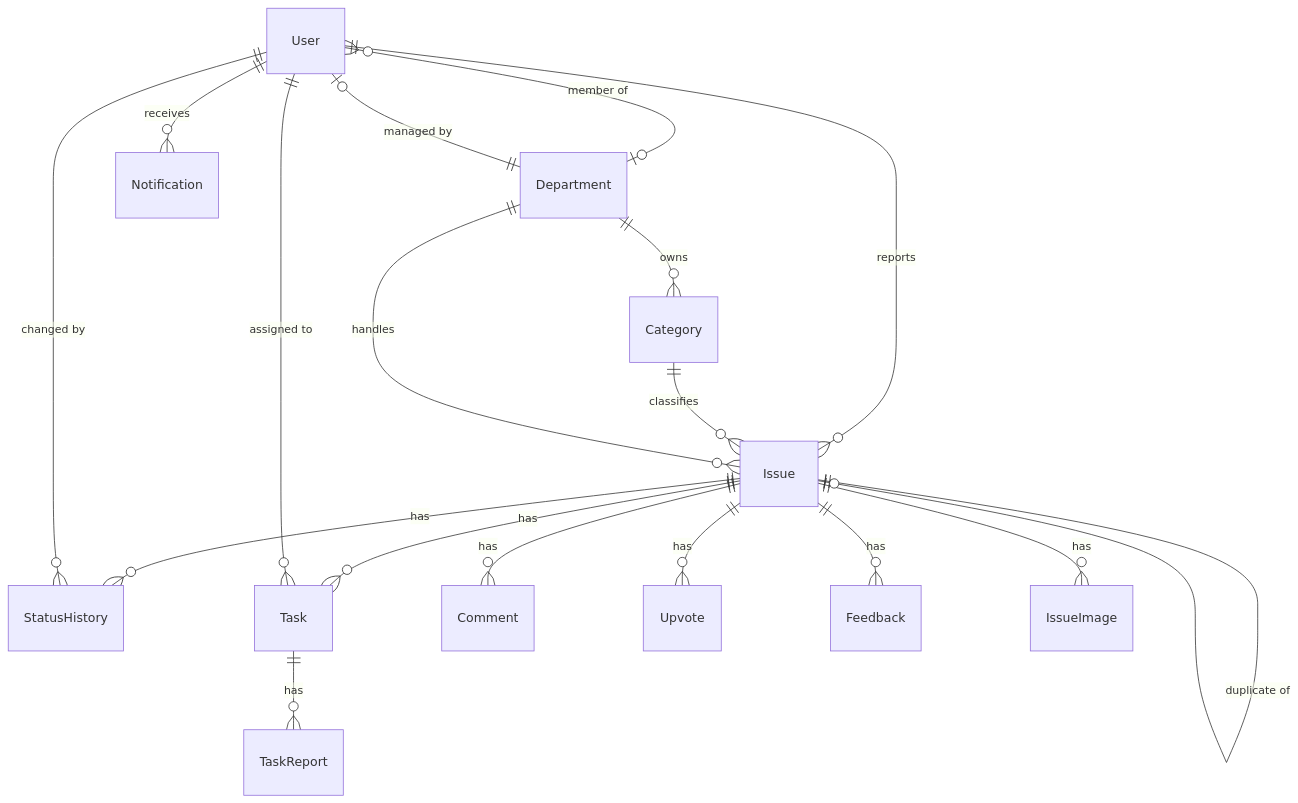
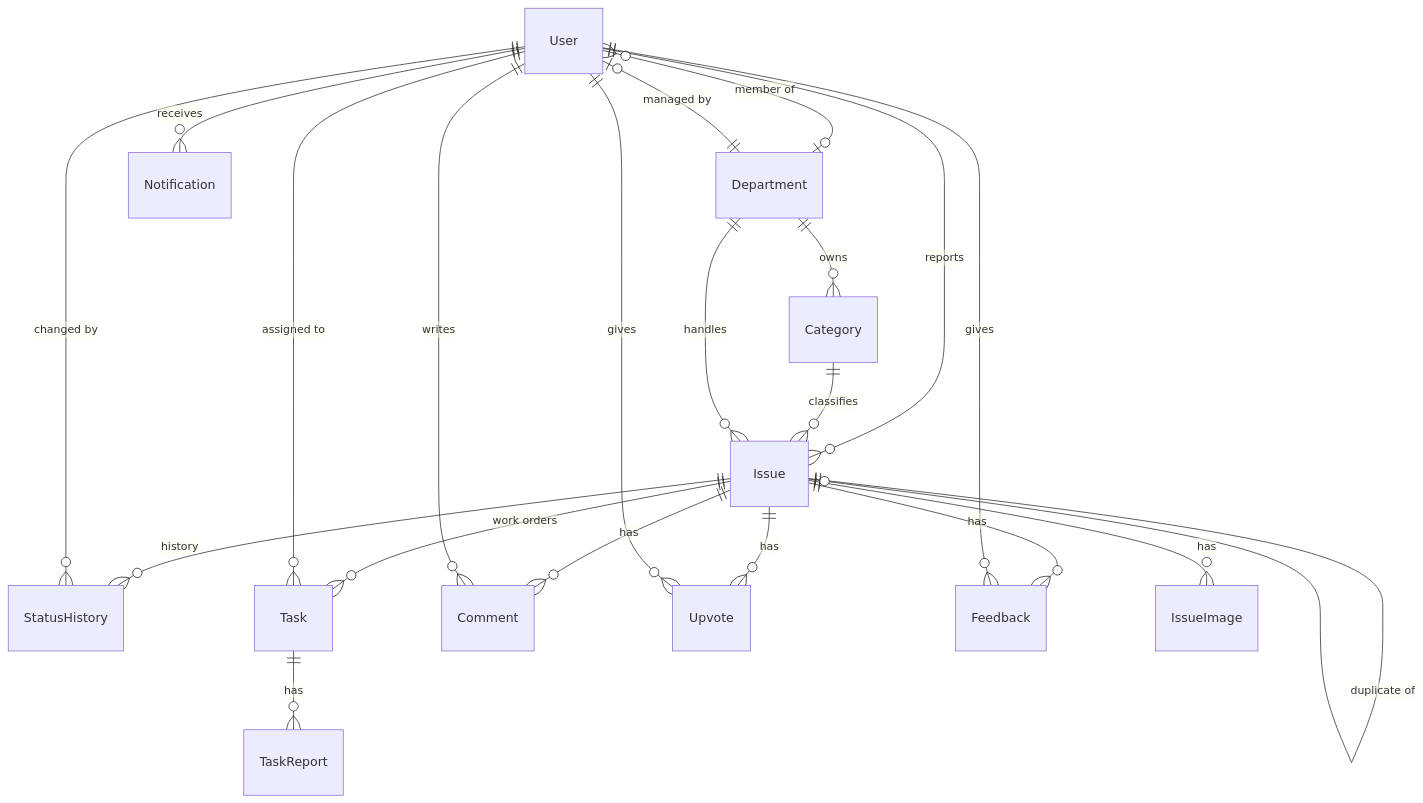
One commit to mndbobby61-blip/civicpulse changed the diagram in README.md. Above: the diagram before and after it, drawn with Mermaid. The commit also changed other lines of this file and 56 other files, not shown here.

````diff
--- a/README.md
+++ b/README.md
@@ -58,20 +108,23 @@
 ```mermaid
 erDiagram
   User ||--o{ Issue : reports
   User }o--o| Department : "member of"
   Department ||--o| User : "managed by"
   Department ||--o{ Category : owns
   Category ||--o{ Issue : classifies
   Department ||--o{ Issue : handles
-  Issue ||--o{ StatusHistory : has
-  Issue ||--o{ Task : has
+  Issue ||--o{ StatusHistory : "history"
+  Issue ||--o{ Task : "work orders"
   Issue ||--o{ Comment : has
   Issue ||--o{ Upvote : has
   Issue ||--o{ Feedback : has
   Issue ||--o{ IssueImage : has
   Issue ||--o| Issue : "duplicate of"
   User ||--o{ Task : "assigned to"
   User ||--o{ StatusHistory : "changed by"
+  User ||--o{ Comment : writes
+  User ||--o{ Upvote : gives
+  User ||--o{ Feedback : gives
   User ||--o{ Notification : receives
   Task ||--o{ TaskReport : has
 ```
````
